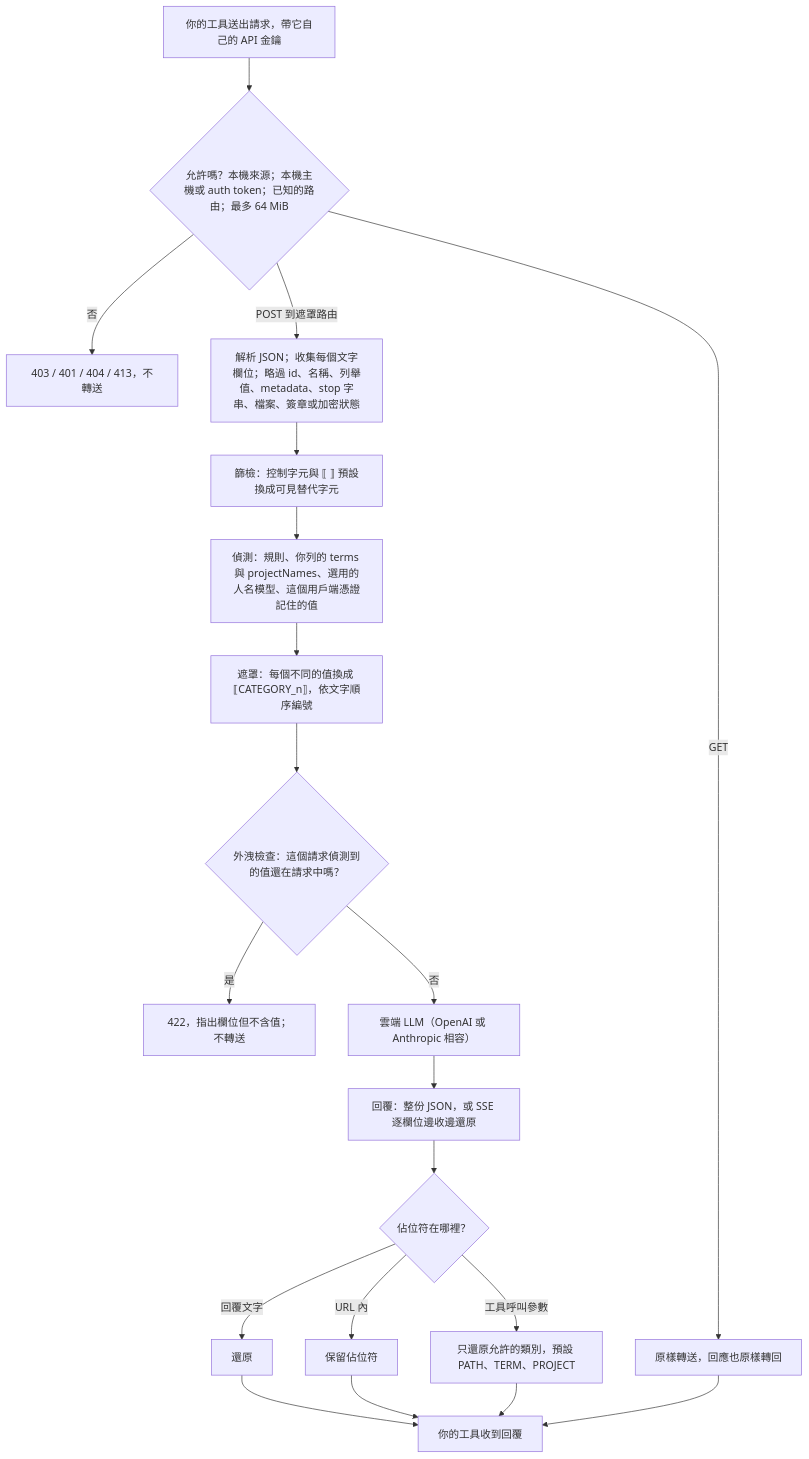
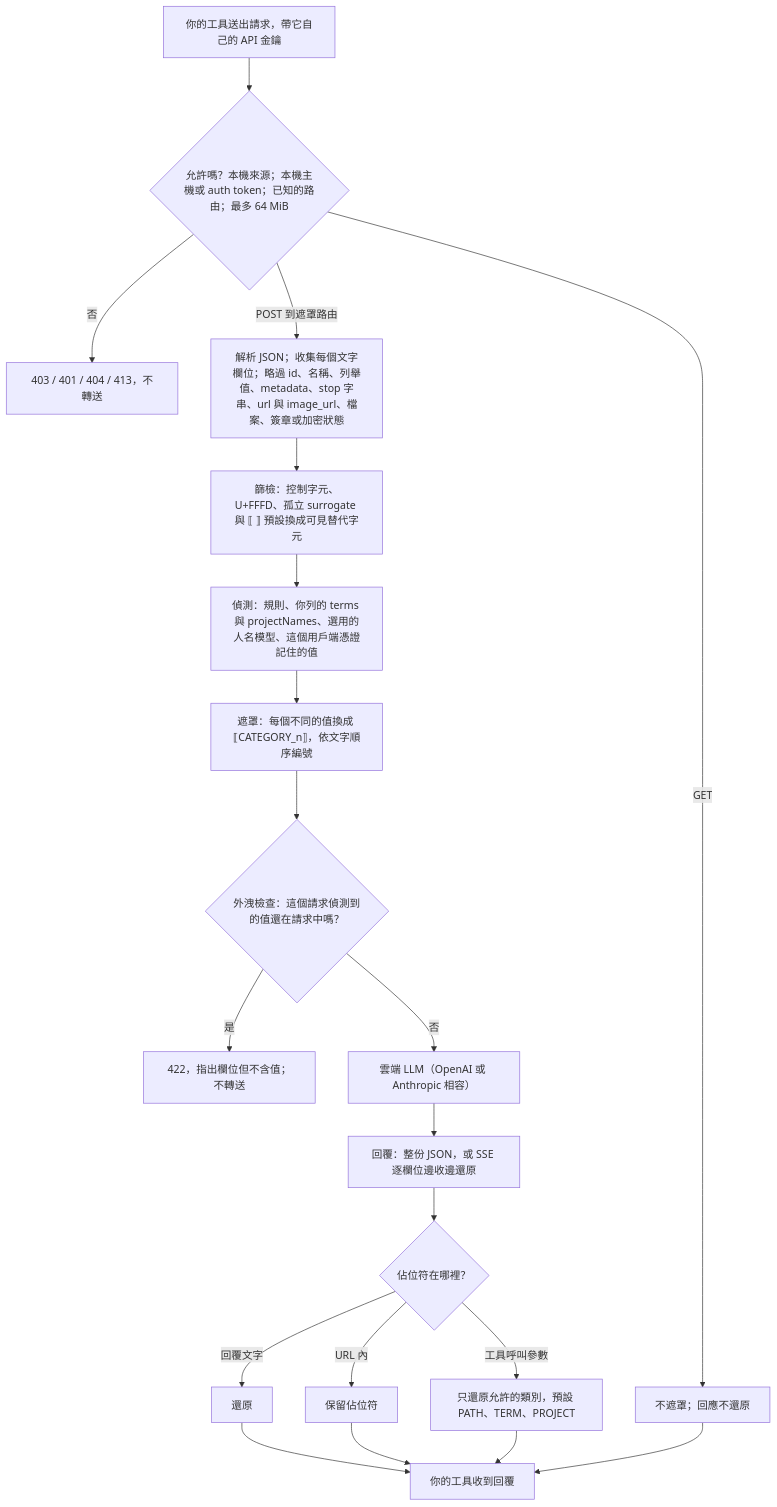
Before and after one commit to Exestence/redaction-proxy: the diagram in README.zh-TW.md, drawn with Mermaid. The commit also changed other lines of this file and 5 other files, not shown here.

````diff
--- a/README.zh-TW.md
+++ b/README.zh-TW.md
@@ -145,22 +147,22 @@
 ```mermaid
 flowchart TD
   A["你的工具送出請求，帶它自己的 API 金鑰"] --> B{"允許嗎？本機來源；本機主機或 auth token；已知的路由；最多 64 MiB"}
   B -- "否" --> B2["403 / 401 / 404 / 413，不轉送"]
-  B -- "GET" --> P["原樣轉送，回應也原樣轉回"]
-  B -- "POST 到遮罩路由" --> C["解析 JSON；收集每個文字欄位；略過 id、名稱、列舉值、metadata、stop 字串、檔案、簽章或加密狀態"]
-  C --> S["篩檢：控制字元與 ⟦ ⟧ 預設換成可見替代字元"]
+  B -- "GET" --> P["不遮罩；回應不還原"]
+  B -- "POST 到遮罩路由" --> C["解析 JSON；收集每個文字欄位；略過 id、名稱、列舉值、metadata、stop 字串、url 與 image_url、檔案、簽章或加密狀態"]
+  C --> S["篩檢：控制字元、U+FFFD、孤立 surrogate 與 ⟦ ⟧ 預設換成可見替代字元"]
   S --> D["偵測：規則、你列的 terms 與 projectNames、選用的人名模型、這個用戶端憑證記住的值"]
   D --> E["遮罩：每個不同的值換成 ⟦CATEGORY_n⟧，依文字順序編號"]
   E --> F{"外洩檢查：這個請求偵測到的值還在請求中嗎？"}
   F -- "是" --> F2["422，指出欄位但不含值；不轉送"]
   F -- "否" --> U["雲端 LLM（OpenAI 或 Anthropic 相容）"]
   U --> R["回覆：整份 JSON，或 SSE 逐欄位邊收邊還原"]
   R --> G{"佔位符在哪裡？"}
   G -- "回覆文字" --> G1["還原"]
   G -- "URL 內" --> G2["保留佔位符"]
   G -- "工具呼叫參數" --> G3["只還原允許的類別，預設 PATH、TERM、PROJECT"]
   G1 --> Z["你的工具收到回覆"]
   G2 --> Z
   G3 --> Z
   P --> Z
 ```
````
